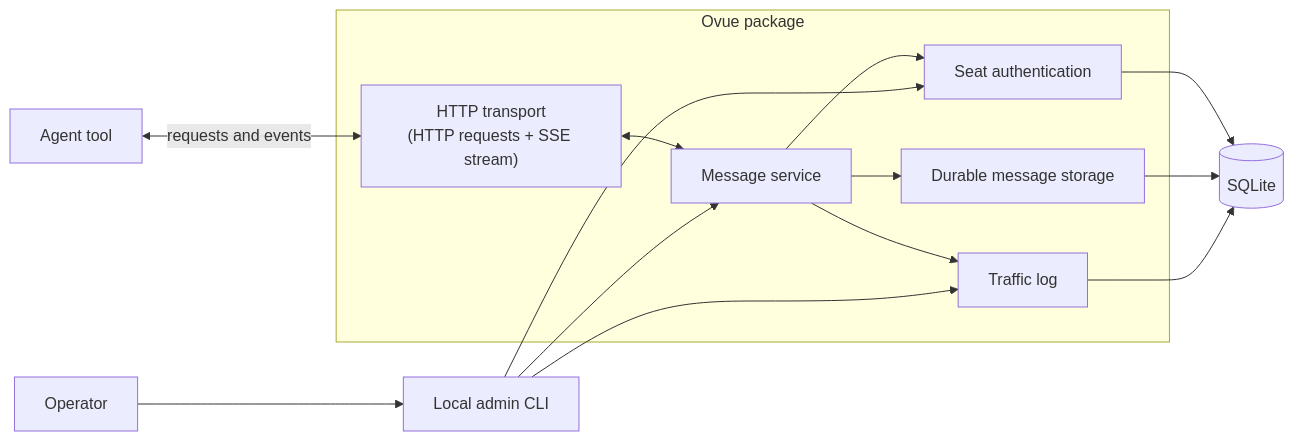
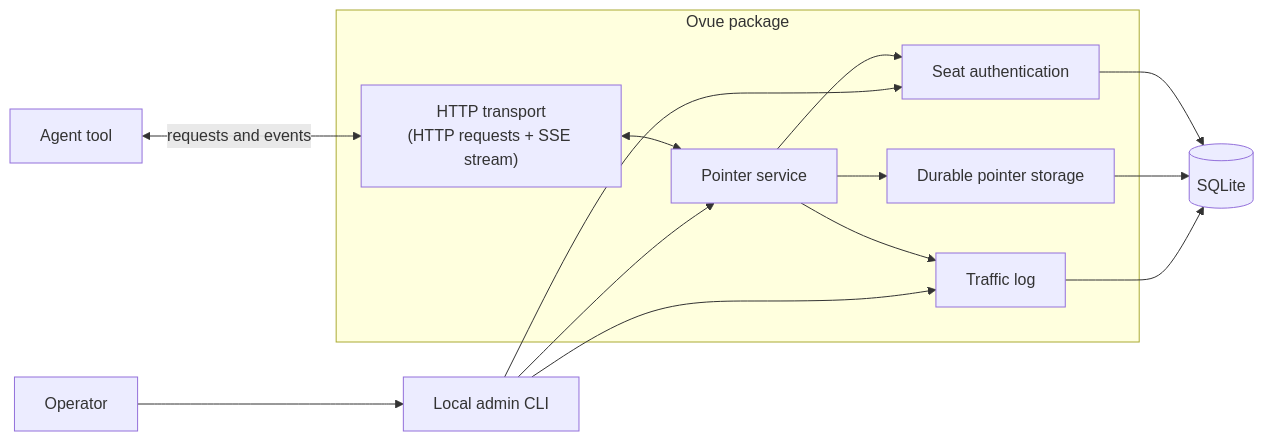
Before and after one commit to afroguy16/ovue: the first of 2 diagrams in spec.md, drawn with Mermaid. The commit also changed other lines of this file and 10 other files, not shown here.

````diff
--- a/spec.md
+++ b/spec.md
@@ -52,23 +55,23 @@
 ```mermaid
 flowchart LR
     subgraph Message["Ovue package"]
         HTTP["HTTP transport<br/>(HTTP requests + SSE stream)"]
-        Service[Message service]
+        Service[Pointer service]
         Auth[Seat authentication]
         Service --> Auth
-        Service --> Store[Durable message storage]
+        Service --> Store[Durable pointer storage]
         Service --> Log[Traffic log]
 
         HTTP <--> Service
     end
 
     Agent[Agent tool] <--> |requests and events| HTTP
     Operator[Operator] --> Admin[Local admin CLI]
     Admin --> Service
     Admin --> Auth
     Admin --> Log
     SQLite[(SQLite)]
     Auth --> SQLite
     Store --> SQLite
     Log --> SQLite
 ```
````
